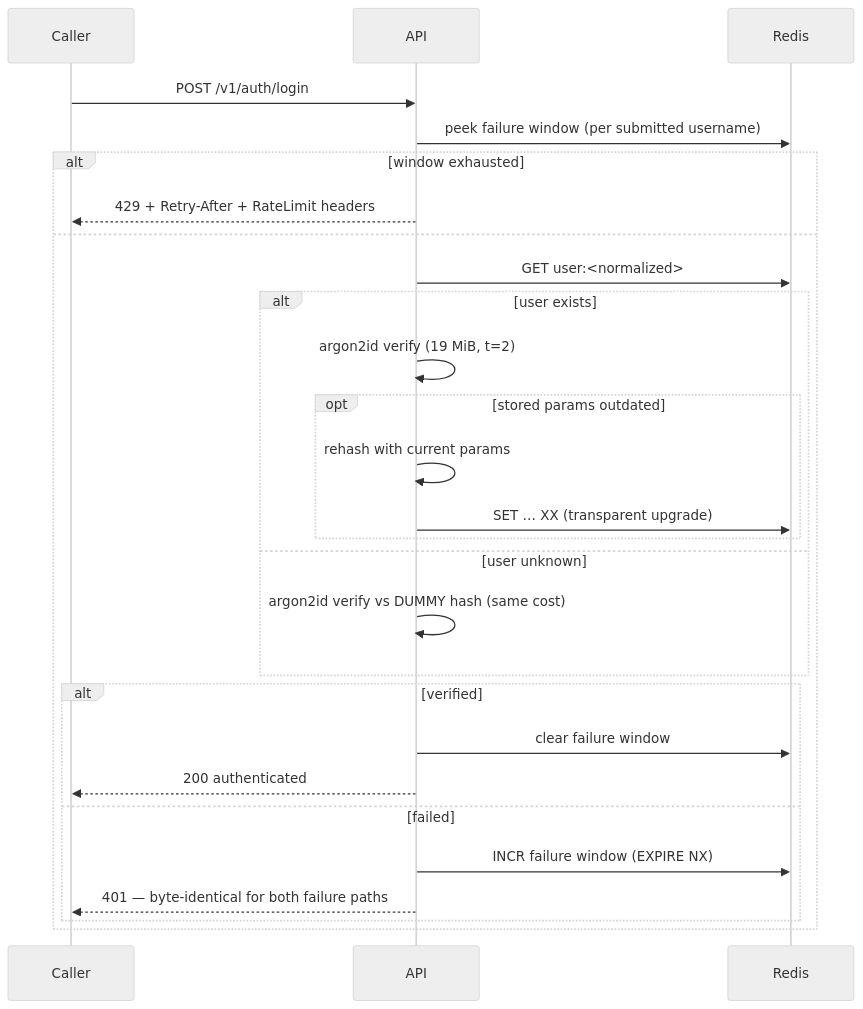
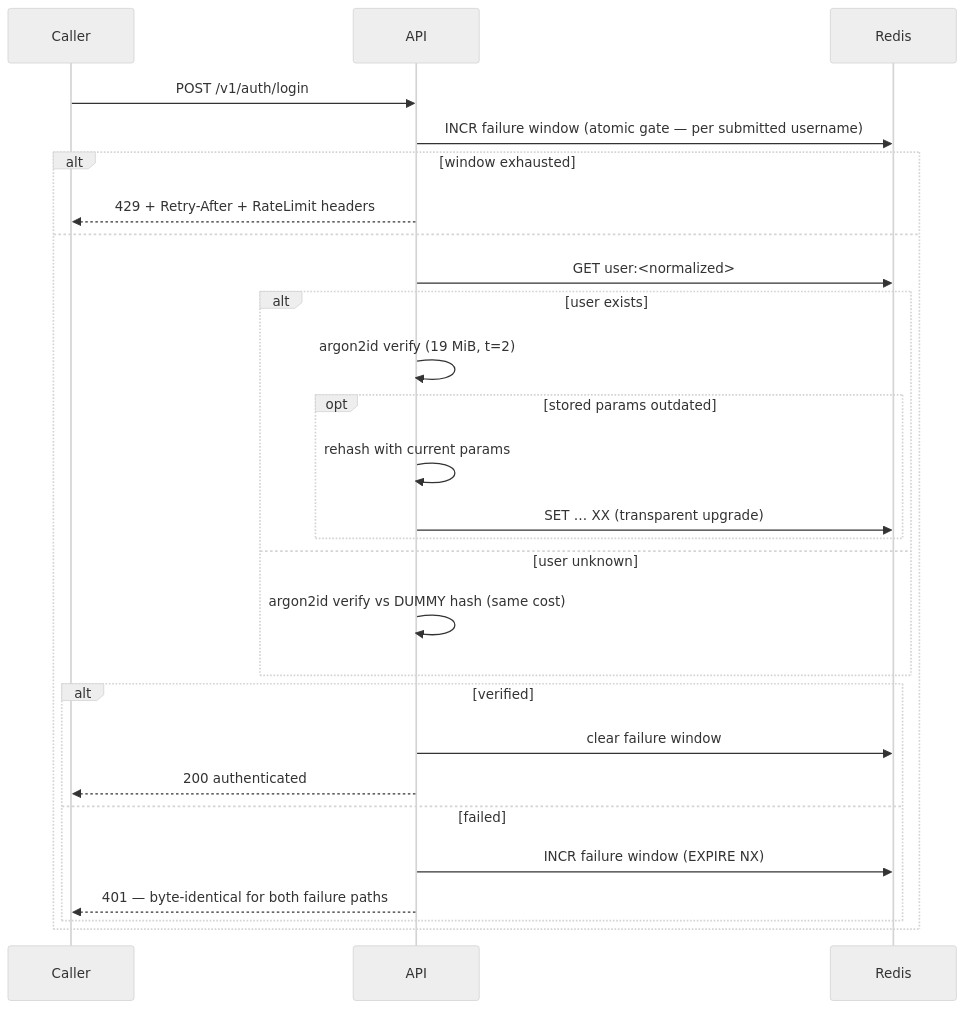
The diagram in README.md (ArashM0z/auth-api), drawn with Mermaid (neutral theme) before and after one commit. The commit also changed other lines of this file and 9 other files, not shown here.

````diff
--- a/README.md
+++ b/README.md
@@ -125,29 +126,29 @@
 ```mermaid
 sequenceDiagram
     participant C as Caller
     participant A as API
     participant R as Redis
     C->>A: POST /v1/auth/login
-    A->>R: peek failure window (per submitted username)
+    A->>R: INCR failure window (atomic gate — per submitted username)
     alt window exhausted
         A-->>C: 429 + Retry-After + RateLimit headers
     else
         A->>R: GET user:<normalized>
         alt user exists
             A->>A: argon2id verify (19 MiB, t=2)
             opt stored params outdated
                 A->>A: rehash with current params
                 A->>R: SET … XX (transparent upgrade)
             end
         else user unknown
             A->>A: argon2id verify vs DUMMY hash (same cost)
         end
         alt verified
             A->>R: clear failure window
             A-->>C: 200 authenticated
         else failed
             A->>R: INCR failure window (EXPIRE NX)
             A-->>C: 401 — byte-identical for both failure paths
         end
     end
 ```
````
